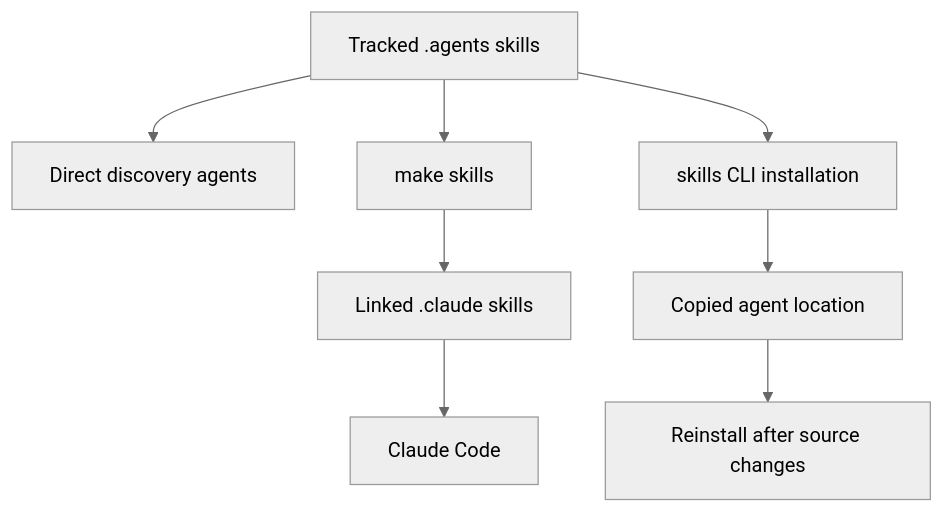
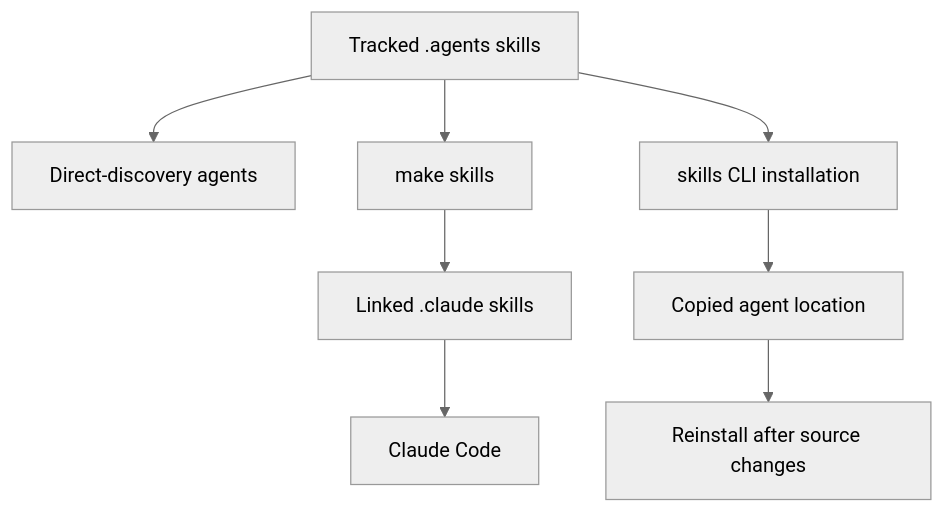
Before and after one commit to langchain-ai/docs: the first of 3 diagrams in openwiki/operations/agent-skills.md, drawn with Mermaid (neutral theme). The commit also changed other lines of this file and 47 other files, not shown here.

````diff
--- a/openwiki/operations/agent-skills.md
+++ b/openwiki/operations/agent-skills.md
@@ -73,10 +79,10 @@
 ```mermaid
 flowchart TD
-  Canonical["Tracked .agents skills"] --> Direct["Direct discovery agents"]
-  Canonical --> Link["make skills"]
-  Link --> ClaudeDir["Linked .claude skills"]
-  ClaudeDir --> ClaudeCode["Claude Code"]
-  Canonical --> Install["skills CLI installation"]
-  Install --> Copy["Copied agent location"]
-  Copy --> Reinstall["Reinstall after source changes"]
+  Canonical["Tracked .agents skills"] --> Direct["Direct-discovery agents"]
+  Canonical --> Reconcile["make skills"]
+  Reconcile --> ClaudeDir["Linked .claude skills"]
+  ClaudeDir --> Claude["Claude Code"]
+  Canonical --> CopyInstall["skills CLI installation"]
+  CopyInstall --> Copied["Copied agent location"]
+  Copied --> Reinstall["Reinstall after source changes"]
 ```
````
